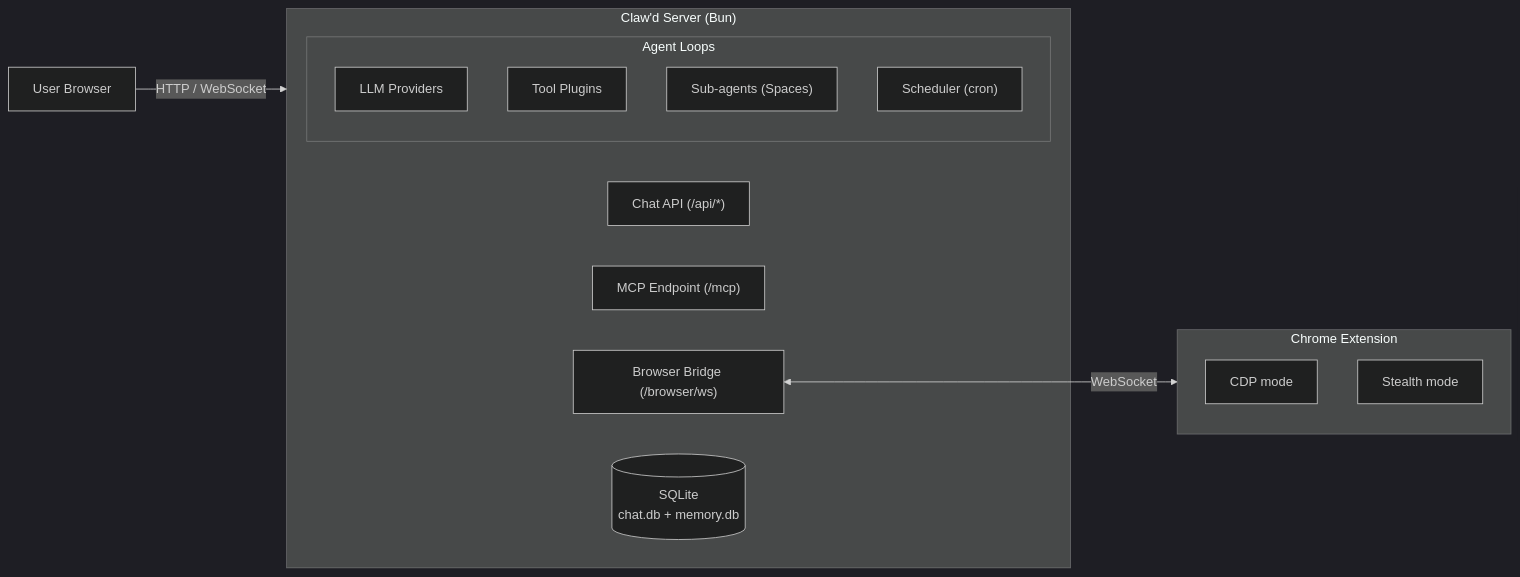
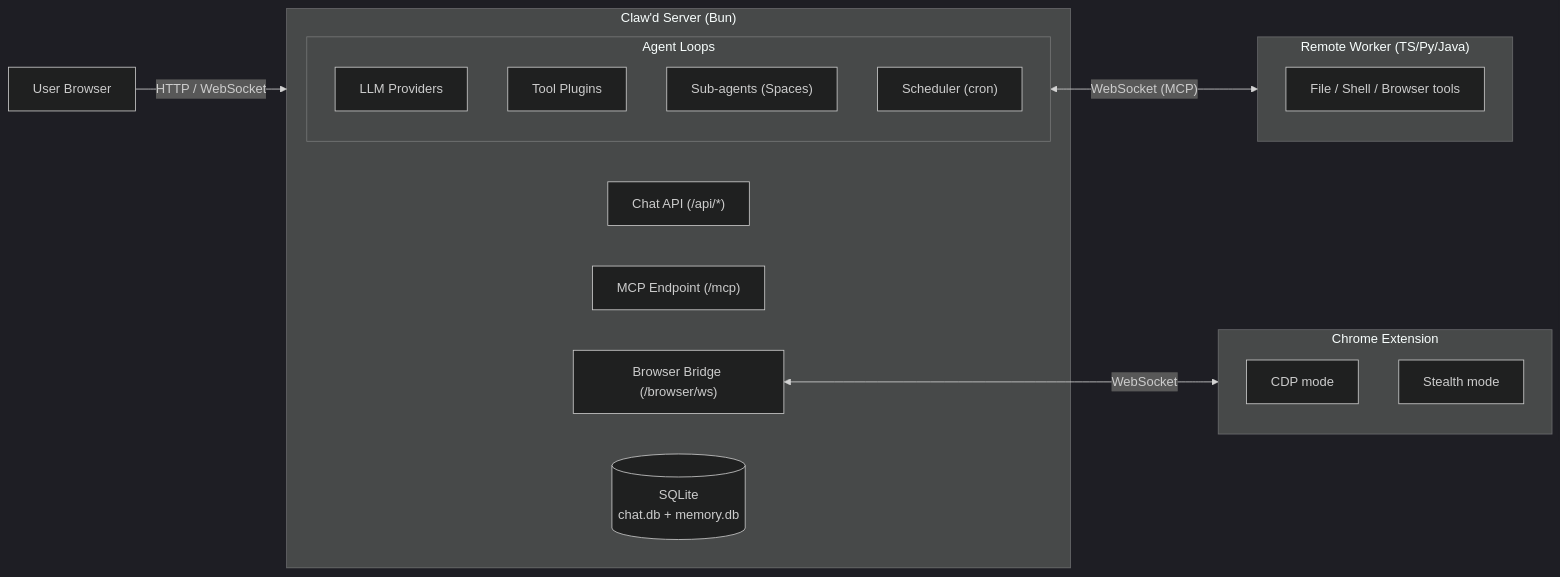
One commit to Tuanm/clawd changed the diagram in README.md. Above: the diagram before and after it, drawn with Mermaid (dark theme). The commit also changed 1 other file, not shown here.

Commit message:
docs: add Remote Worker to architecture diagram

````diff
--- a/README.md
+++ b/README.md
@@ -59,27 +59,33 @@
 ```mermaid
 flowchart LR
   Browser["User Browser"]
   Browser -->|"HTTP / WebSocket"| Server
 
   subgraph Server["Claw'd Server (Bun)"]
     API["Chat API (/api/*)"]
     MCP["MCP Endpoint (/mcp)"]
     Bridge["Browser Bridge (/browser/ws)"]
     DB[("SQLite\nchat.db + memory.db")]
     Agents["Agent Loops"]
   end
 
   subgraph Agents["Agent Loops"]
     LLM["LLM Providers"]
     Tools["Tool Plugins"]
     Spaces["Sub-agents (Spaces)"]
     Scheduler["Scheduler (cron)"]
   end
 
   subgraph Extension["Chrome Extension"]
     CDP["CDP mode"]
     Stealth["Stealth mode"]
   end
 
   Bridge <-->|"WebSocket"| Extension
+
+  subgraph Worker["Remote Worker (TS/Py/Java)"]
+    WTools["File / Shell / Browser tools"]
+  end
+
+  Agents <-->|"WebSocket (MCP)"| Worker
 ```
````
